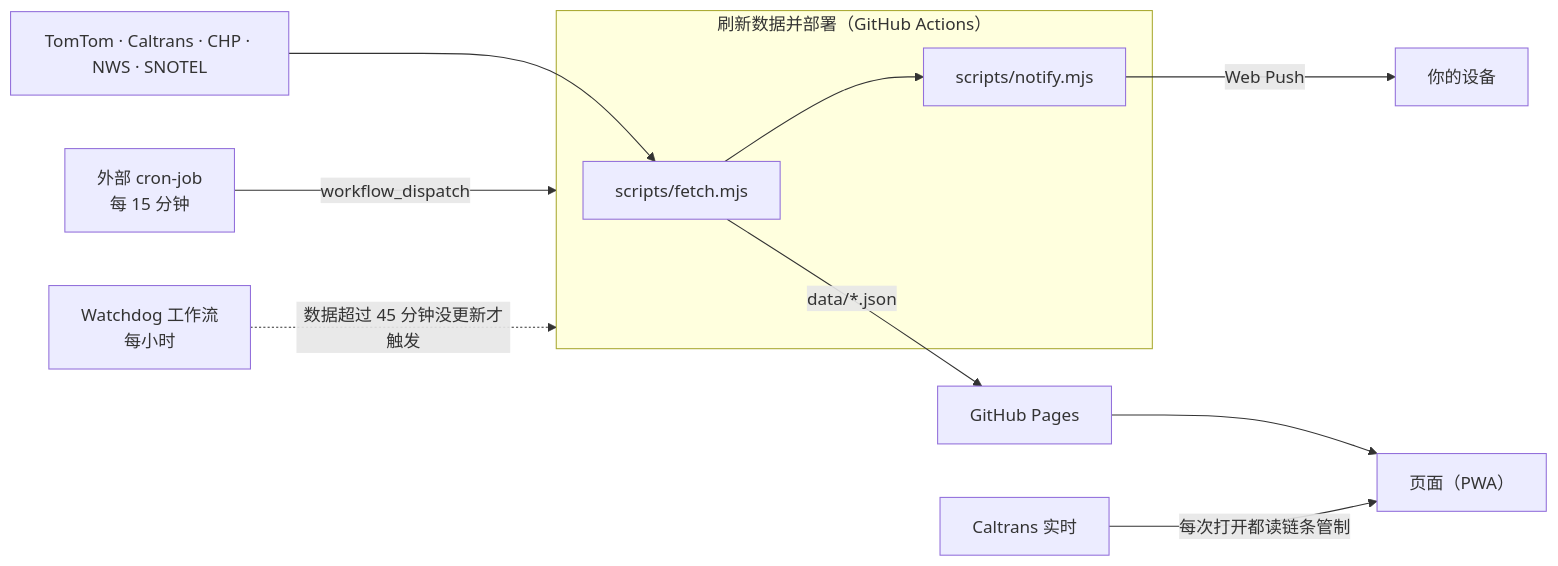
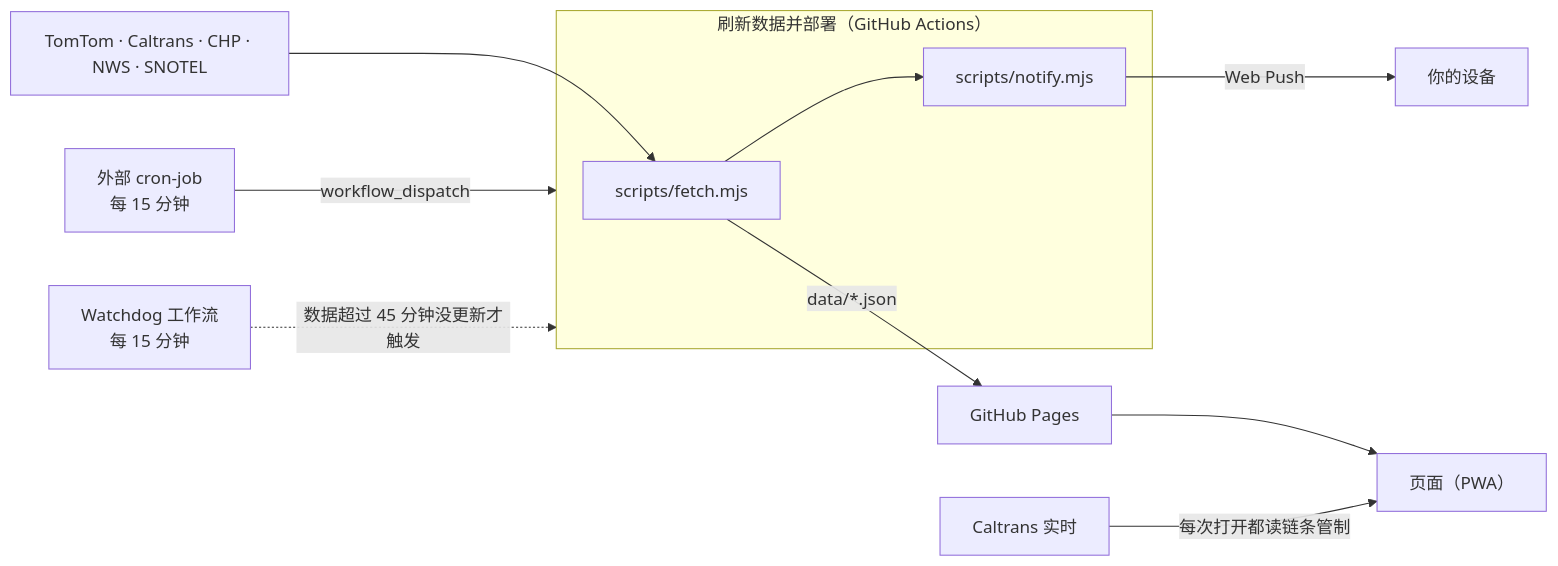
One commit to ColeridgeGuo/tahoe-trip-planner changed the diagram in README.zh-CN.md. Above: the diagram before and after it, drawn with Mermaid. The commit also changed other lines of this file and 3 other files, not shown here.

````diff
--- a/README.zh-CN.md
+++ b/README.zh-CN.md
@@ -103,13 +103,13 @@
 ```mermaid
 flowchart LR
   cron["外部 cron-job<br>每 15 分钟"] -->|workflow_dispatch| deploy
-  watchdog["Watchdog 工作流<br>每小时"] -.->|数据超过 45 分钟没更新才触发| deploy
+  watchdog["Watchdog 工作流<br>每 15 分钟"] -.->|数据超过 45 分钟没更新才触发| deploy
   subgraph deploy["刷新数据并部署（GitHub Actions）"]
     fetch["scripts/fetch.mjs"] --> notify["scripts/notify.mjs"]
   end
   feeds["TomTom · Caltrans · CHP · NWS · SNOTEL"] --> fetch
   fetch -->|data/*.json| pages["GitHub Pages"]
   notify -->|Web Push| phone["你的设备"]
   pages --> app["页面（PWA）"]
   caltrans["Caltrans 实时"] -->|每次打开都读链条管制| app
 ```
````
